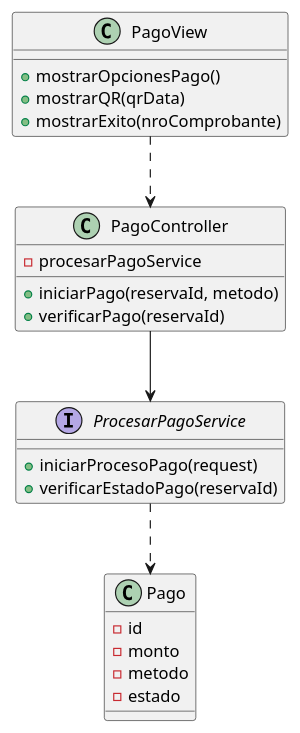
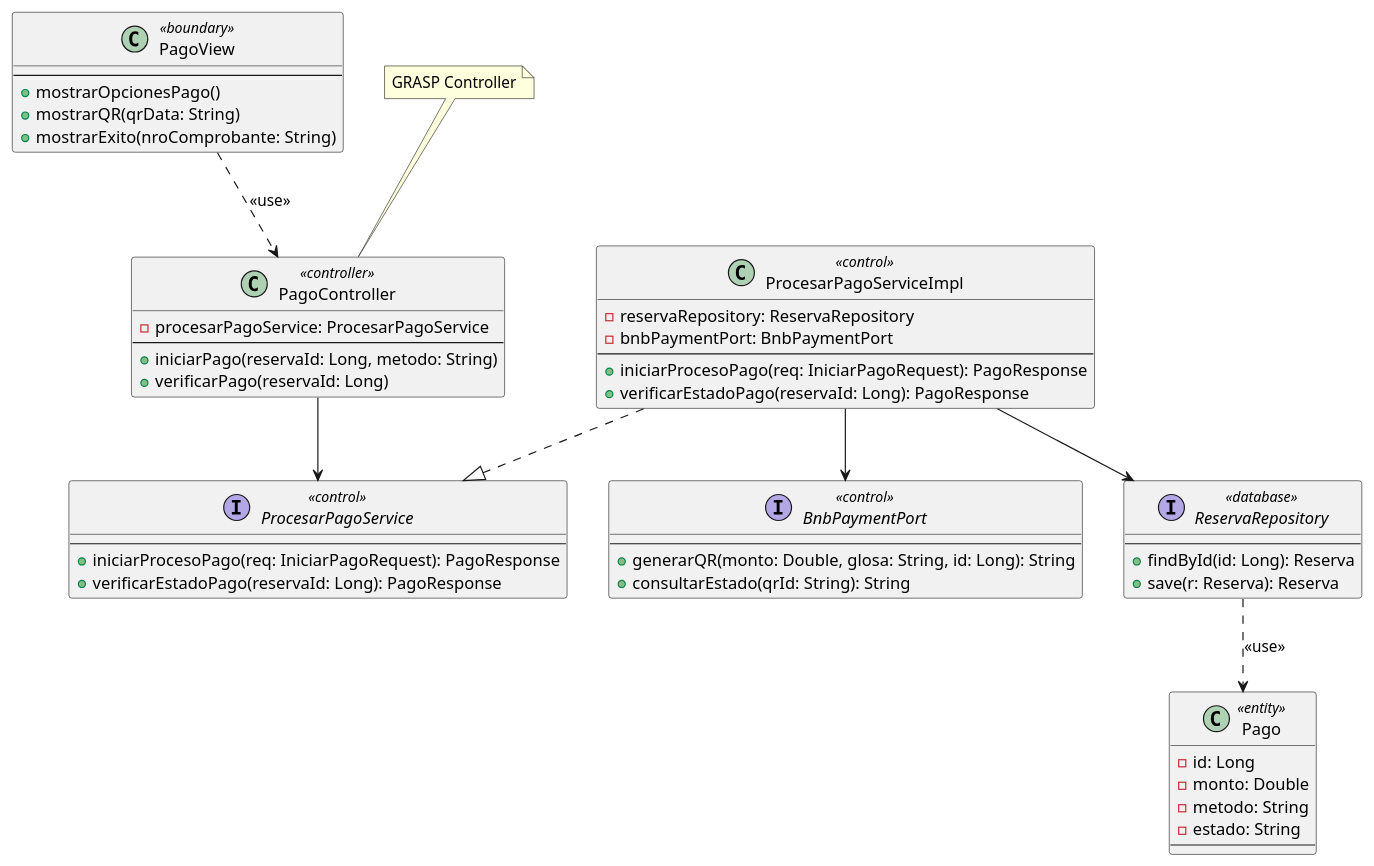
Before and after one commit to Tsmrain/GestionSistemas: diagram 12 of 36 in RefactorV4.md, drawn with PlantUML. The commit also changed other lines of this file and 1 other file, not shown here.

Commit message:
refactor: enhance UML diagrams with GRASP stereotypes, layer annotations, and updated sequence interactions.

````diff
--- a/RefactorV4.md
+++ b/RefactorV4.md
@@ -639,27 +698,52 @@
 ```plantuml
 @startuml
-class PagoView {
+class PagoView <<boundary>> {
+  --
   +mostrarOpcionesPago()
-  +mostrarQR(qrData)
-  +mostrarExito(nroComprobante)
+  +mostrarQR(qrData: String)
+  +mostrarExito(nroComprobante: String)
 }
-class PagoController {
-  -procesarPagoService
-  +iniciarPago(reservaId, metodo)
-  +verificarPago(reservaId)
+class PagoController <<controller>> {
+  -procesarPagoService: ProcesarPagoService
+  --
+  +iniciarPago(reservaId: Long, metodo: String)
+  +verificarPago(reservaId: Long)
 }
-interface ProcesarPagoService {
-  +iniciarProcesoPago(request)
-  +verificarEstadoPago(reservaId)
+interface ProcesarPagoService <<control>> {
+  --
+  +iniciarProcesoPago(req: IniciarPagoRequest): PagoResponse
+  +verificarEstadoPago(reservaId: Long): PagoResponse
 }
-class Pago {
-  -id
-  -monto
-  -metodo
-  -estado
+class ProcesarPagoServiceImpl <<control>> {
+  -reservaRepository: ReservaRepository
+  -bnbPaymentPort: BnbPaymentPort
+  --
+  +iniciarProcesoPago(req: IniciarPagoRequest): PagoResponse
+  +verificarEstadoPago(reservaId: Long): PagoResponse
 }
-PagoView ..> PagoController
+interface BnbPaymentPort <<control>> {
+  --
+  +generarQR(monto: Double, glosa: String, id: Long): String
+  +consultarEstado(qrId: String): String
+}
+class Pago <<entity>> {
+  -id: Long
+  -monto: Double
+  -metodo: String
+  -estado: String
+  --
+}
+interface ReservaRepository <<database>> {
+  --
+  +findById(id: Long): Reserva
+  +save(r: Reserva): Reserva
+}
+PagoView ..> PagoController : <<use>>
 PagoController --> ProcesarPagoService
-ProcesarPagoService ..> Pago
+ProcesarPagoServiceImpl ..|> ProcesarPagoService
+ProcesarPagoServiceImpl --> BnbPaymentPort
+ProcesarPagoServiceImpl --> ReservaRepository
+ReservaRepository ..> Pago : <<use>>
+note top of PagoController : GRASP Controller
 @enduml
 ```
````
